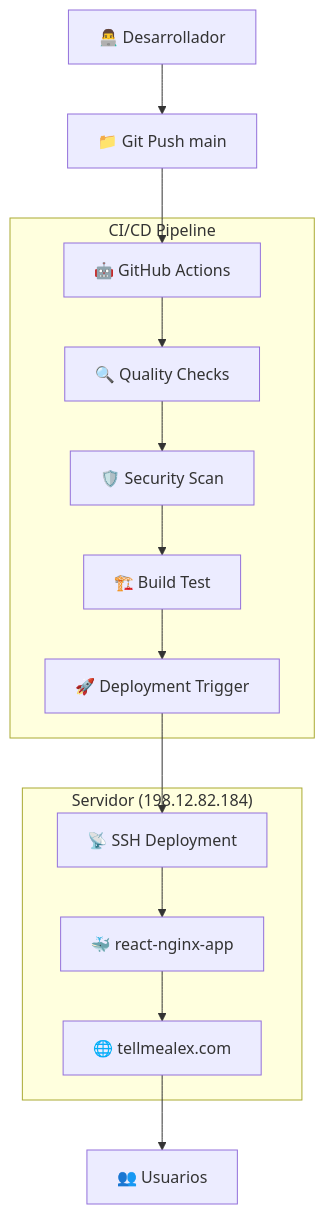
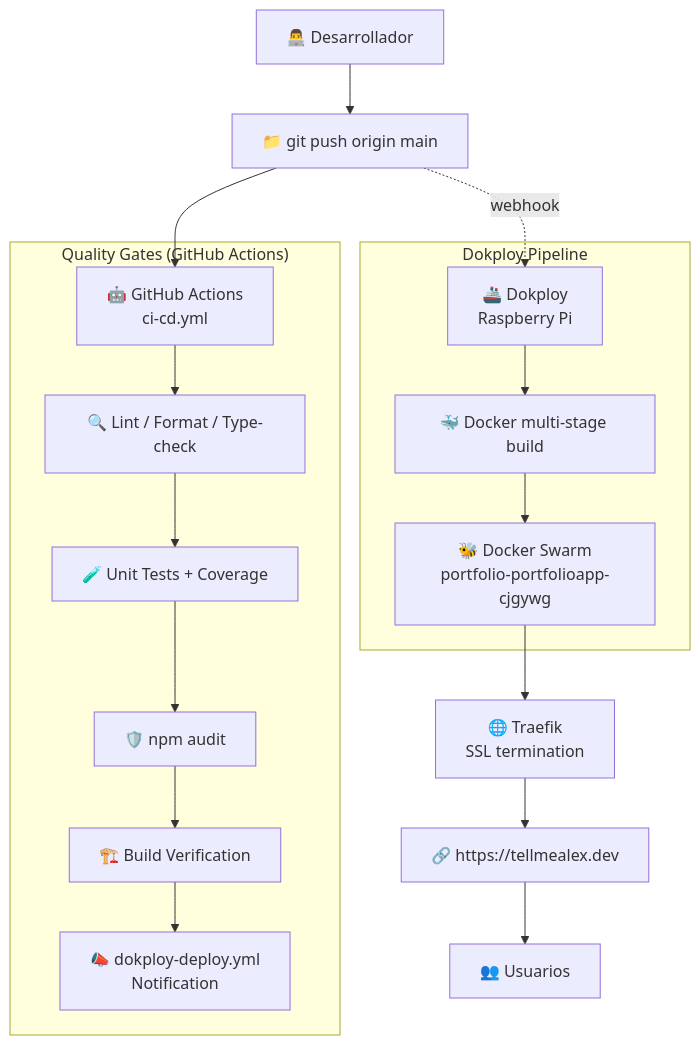
Before and after one commit to TellMeAlex/portfolio: the first of 9 diagrams in docs/CI-CD.md, drawn with Mermaid. The commit also changed other lines of this file and 1 other file, not shown here.

First line of the commit message:
docs: rewrite CI-CD.md and TROUBLESHOOTING.md for Dokploy deploy (#92)

````diff
--- a/docs/CI-CD.md
+++ b/docs/CI-CD.md
@@ -11,21 +11,24 @@
 ```mermaid
 graph TB
-    DEV[👨‍💻 Desarrollador] --> GIT[📁 Git Push main]
-    GIT --> GHA[🤖 GitHub Actions]
+    DEV[👨‍💻 Desarrollador] --> GIT[📁 git push origin main]
+    GIT --> GHA[🤖 GitHub Actions<br/>ci-cd.yml]
 
-    subgraph "CI/CD Pipeline"
-        GHA --> QC[🔍 Quality Checks]
-        QC --> SC[🛡️ Security Scan]
-        SC --> BT[🏗️ Build Test]
-        BT --> DT[🚀 Deployment Trigger]
+    subgraph "Quality Gates (GitHub Actions)"
+        GHA --> QC[🔍 Lint / Format / Type-check]
+        QC --> TST[🧪 Unit Tests + Coverage]
+        TST --> SC[🛡️ npm audit]
+        SC --> BT[🏗️ Build Verification]
+        BT --> NOTIF[📣 dokploy-deploy.yml<br/>Notification]
     end
 
-    DT --> SSH[📡 SSH Deployment]
+    GIT -. webhook .-> DOK[🚢 Dokploy<br/>Raspberry Pi]
 
-    subgraph "Servidor (198.12.82.184)"
-        SSH --> CONT[🐳 react-nginx-app]
-        CONT --> WEB[🌐 tellmealex.com]
+    subgraph "Dokploy Pipeline"
+        DOK --> BUILD[🐳 Docker multi-stage build]
+        BUILD --> SWARM[🐝 Docker Swarm<br/>portfolio-portfolioapp-cjgywg]
     end
 
+    SWARM --> TRAEFIK[🌐 Traefik<br/>SSL termination]
+    TRAEFIK --> WEB[🔗 https://tellmealex.dev]
     WEB --> USER[👥 Usuarios]
 ```
````
